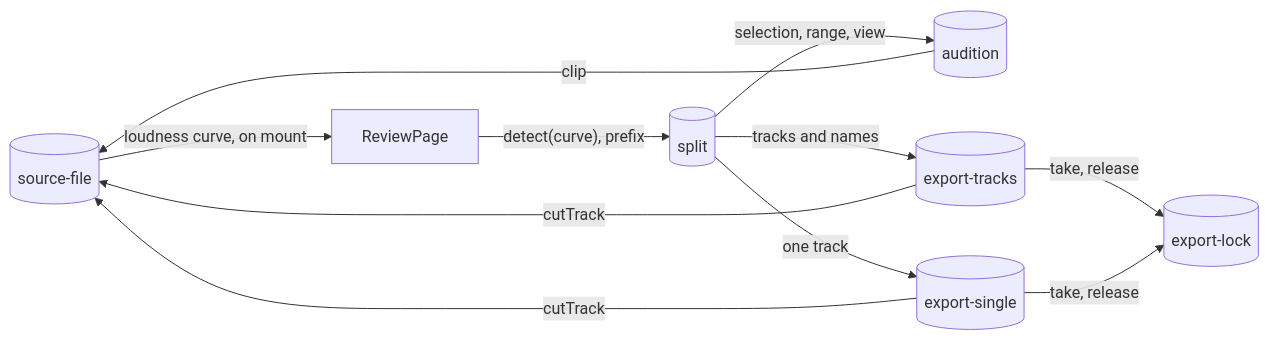
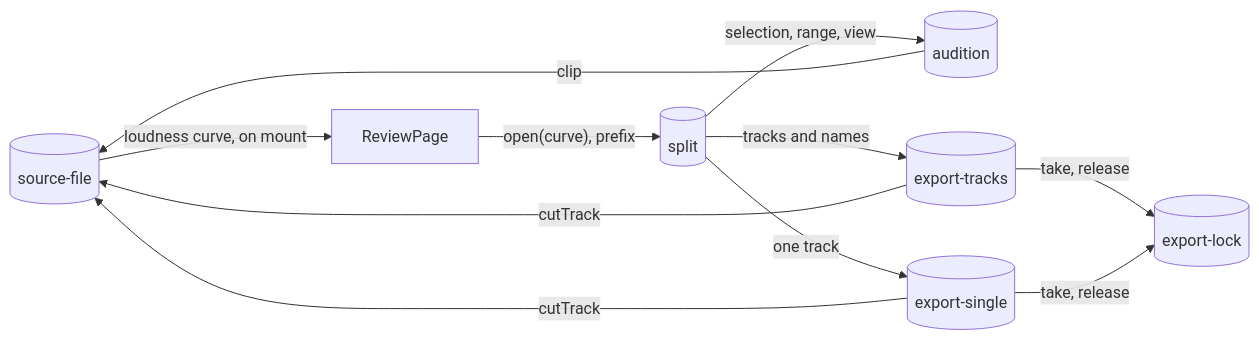
Before and after one commit to suleymanyaryev/audio-splitter: the second of 9 diagrams in docs/architecture.md, drawn with Mermaid. The commit also changed other lines of this file and 38 other files, not shown here.

````diff
--- a/docs/architecture.md
+++ b/docs/architecture.md
@@ -54,21 +54,21 @@
 ```mermaid
 flowchart LR
   sourceFile[("source-file")]
   split[("split")]
   audition[("audition")]
   exporter[("export-tracks")]
   exporterSingle[("export-single")]
   exportLock[("export-lock")]
   reviewPage["ReviewPage"]
 
   sourceFile -- "loudness curve, on mount" --> reviewPage
-  reviewPage -- "detect(curve), prefix" --> split
+  reviewPage -- "open(curve), prefix" --> split
   split -- "selection, range, view" --> audition
   audition -- "clip" --> sourceFile
   split -- "tracks and names" --> exporter
   split -- "one track" --> exporterSingle
   exporter -- "cutTrack" --> sourceFile
   exporterSingle -- "cutTrack" --> sourceFile
   exporter -- "take, release" --> exportLock
   exporterSingle -- "take, release" --> exportLock
 ```
````
